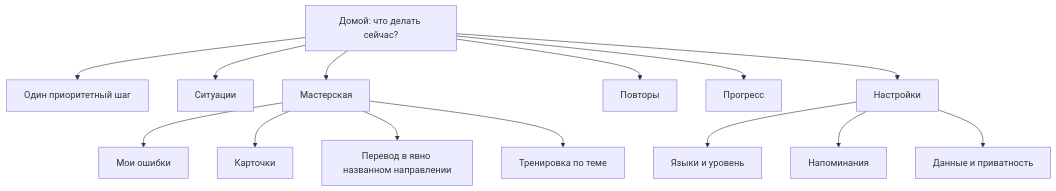
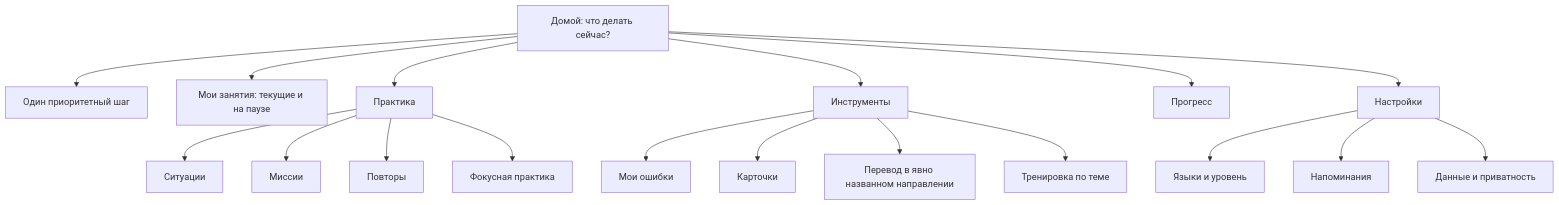
Before and after one commit to 890su/tutorlaing: the diagram in docs/UX_NAVIGATION.md, drawn with Mermaid. The commit also changed other lines of this file and 39 other files, not shown here.

Commit message:
feat: add modular multi-activity learning flows

````diff
--- a/docs/UX_NAVIGATION.md
+++ b/docs/UX_NAVIGATION.md
@@ -27,16 +28,20 @@
 ```mermaid
 flowchart TD
     H["Домой: что делать сейчас?"] --> P["Один приоритетный шаг"]
-    H --> S["Ситуации"]
-    H --> T["Мастерская"]
-    H --> R["Повторы"]
+    H --> A["Мои занятия: текущие и на паузе"]
+    H --> R["Практика"]
+    R --> S["Ситуации"]
+    R --> M["Миссии"]
+    R --> V["Повторы"]
+    R --> F["Фокусная практика"]
+    H --> T["Инструменты"]
     H --> G["Прогресс"]
     H --> C["Настройки"]
     C --> L["Языки и уровень"]
     C --> N["Напоминания"]
     C --> D["Данные и приватность"]
     T --> E["Мои ошибки"]
-    T --> F["Карточки"]
+    T --> K["Карточки"]
     T --> X["Перевод в явно названном направлении"]
     T --> Q["Тренировка по теме"]
 ```
````
